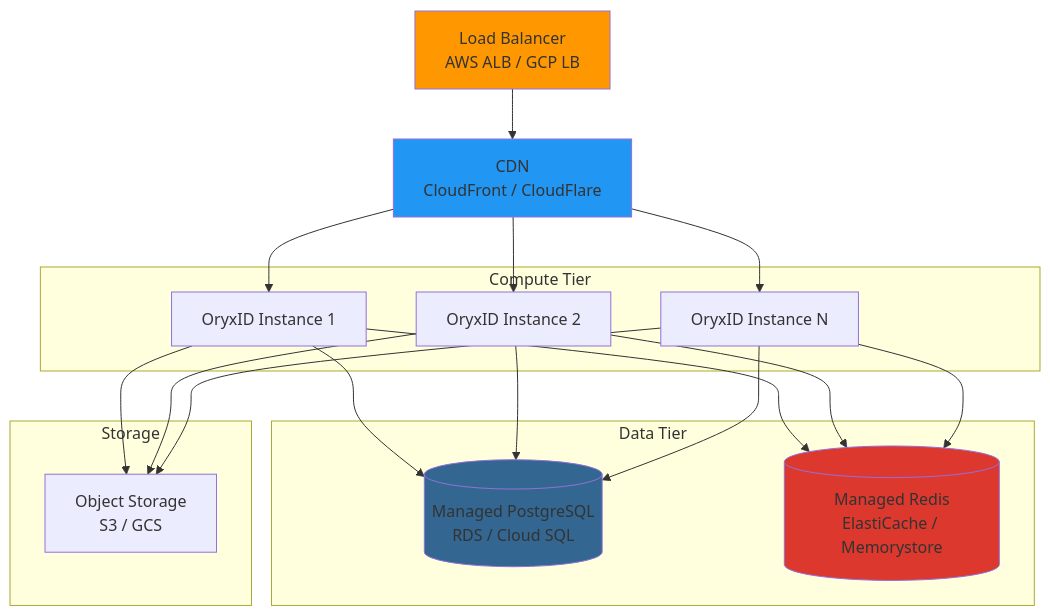
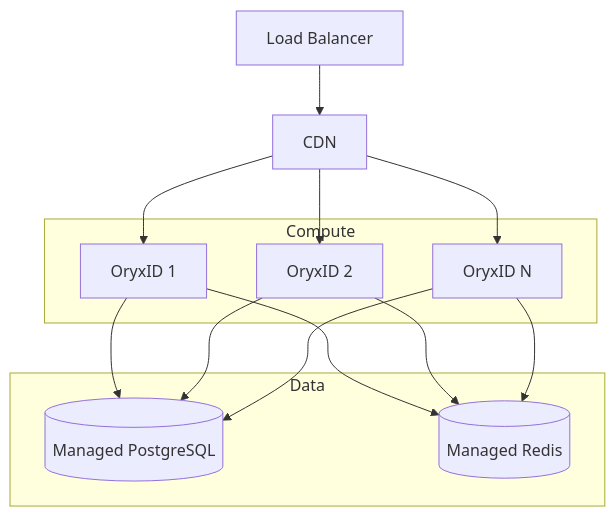
The third of 3 diagrams in README.md (royzah/OryxID), drawn with Mermaid before and after one commit. The commit also changed other lines of this file and 136 other files, not shown here.

````diff
--- a/README.md
+++ b/README.md
@@ -251,42 +166,24 @@
 ```mermaid
 graph TB
-    LB[Load Balancer<br/>AWS ALB / GCP LB]
-    CDN[CDN<br/>CloudFront / CloudFlare]
+    LB[Load Balancer]
+    CDN[CDN]
 
-    subgraph "Compute Tier"
-        App1[OryxID Instance 1]
-        App2[OryxID Instance 2]
-        App3[OryxID Instance N]
+    subgraph Compute
+        App1[OryxID 1]
+        App2[OryxID 2]
+        AppN[OryxID N]
     end
 
-    subgraph "Data Tier"
-        RDS[(Managed PostgreSQL<br/>RDS / Cloud SQL)]
-        Cache[(Managed Redis<br/>ElastiCache / Memorystore)]
-    end
-
-    subgraph "Storage"
-        S3[Object Storage<br/>S3 / GCS]
+    subgraph Data
+        RDS[(Managed PostgreSQL)]
+        Cache[(Managed Redis)]
     end
 
     LB --> CDN
     CDN --> App1
     CDN --> App2
-    CDN --> App3
+    CDN --> AppN
 
-    App1 --> RDS
-    App2 --> RDS
-    App3 --> RDS
-
-    App1 --> Cache
-    App2 --> Cache
-    App3 --> Cache
-
-    App1 --> S3
-    App2 --> S3
-    App3 --> S3
-
-    style LB fill:#FF9800
-    style CDN fill:#2196F3
-    style RDS fill:#336791
-    style Cache fill:#DC382D
+    App1 & App2 & AppN --> RDS
+    App1 & App2 & AppN --> Cache
 ```
````
